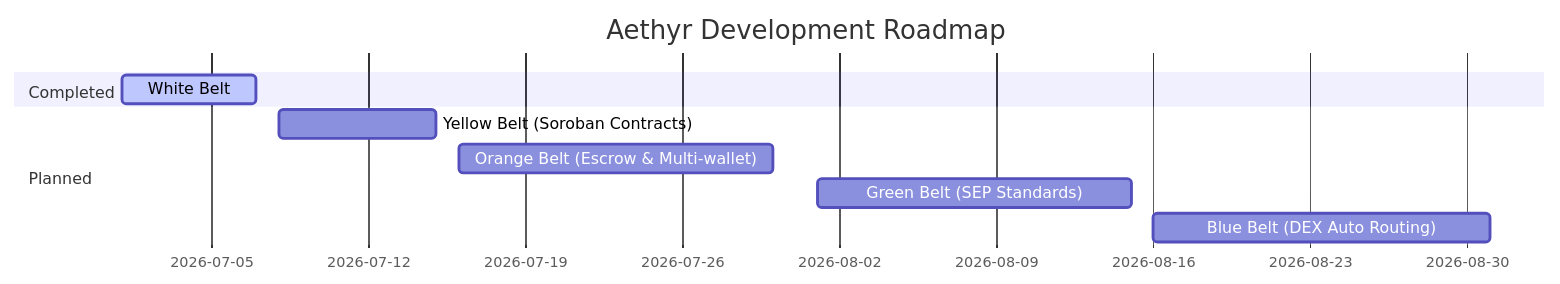
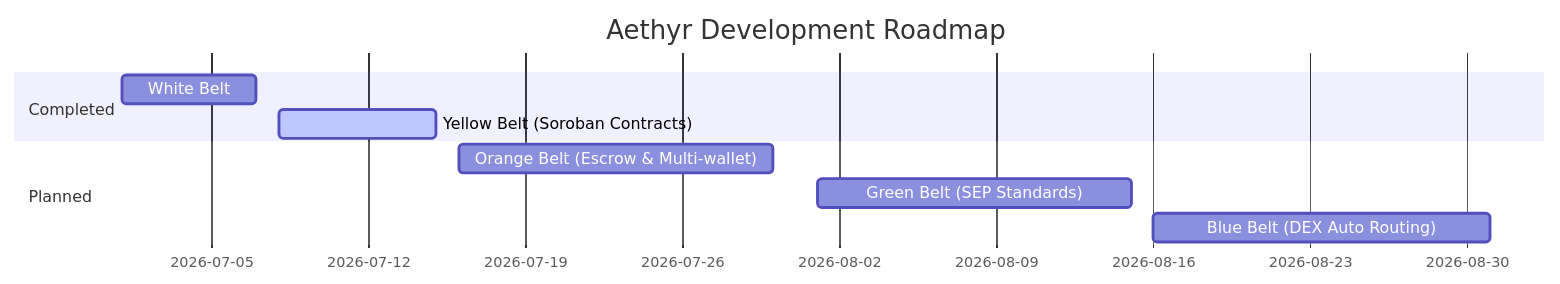
One commit to pablo-pica/aether changed the second of 2 diagrams in README.md. Above: the diagram before and after it, drawn with Mermaid. The commit also changed other lines of this file and 13 other files, not shown here.

Commit message:
feat: implement and deploy aethyr-router contract on testnet (Yellow Belt)

````diff
--- a/README.md
+++ b/README.md
@@ -183,12 +183,12 @@
 ```mermaid
 gantt
     title Aethyr Development Roadmap
     dateFormat  YYYY-MM-DD
     section Completed
-    White Belt :active, 2026-07-01, 2026-07-07
+    White Belt :2026-07-01, 2026-07-07
+    Yellow Belt (Soroban Contracts) :active, 2026-07-08, 2026-07-15
     section Planned
-    Yellow Belt (Soroban Contracts) :2026-07-08, 2026-07-15
     Orange Belt (Escrow & Multi-wallet) :2026-07-16, 2026-07-30
     Green Belt (SEP Standards) :2026-08-01, 2026-08-15
     Blue Belt (DEX Auto Routing) :2026-08-16, 2026-08-31
 ```
````
